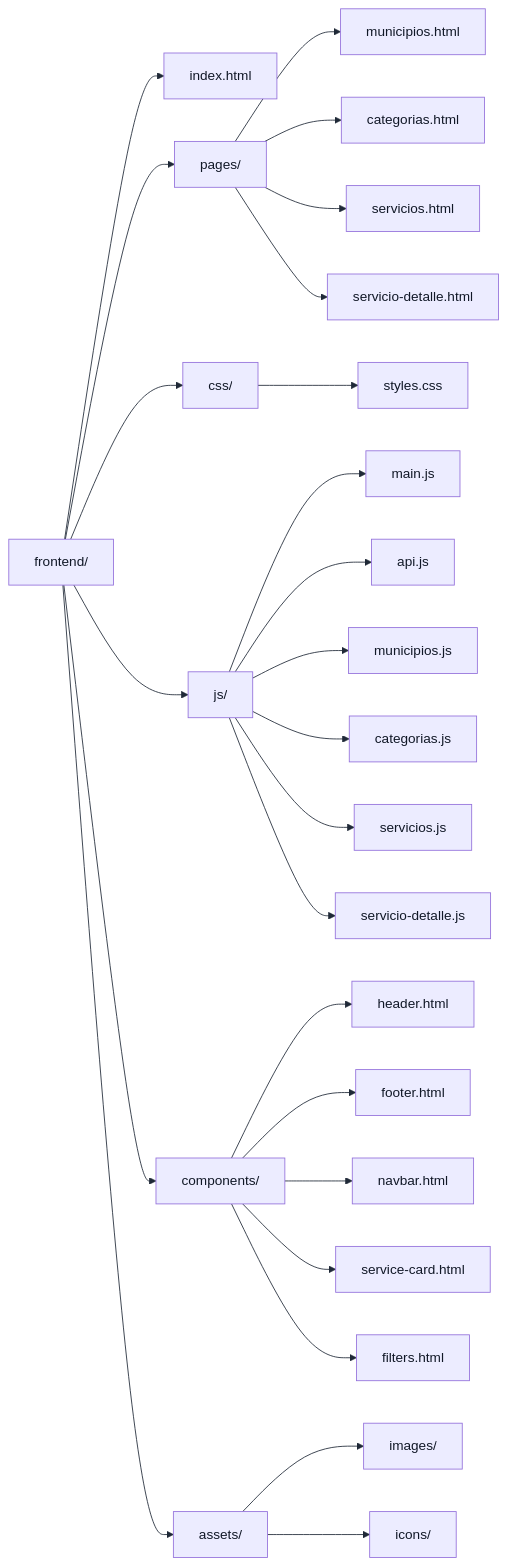
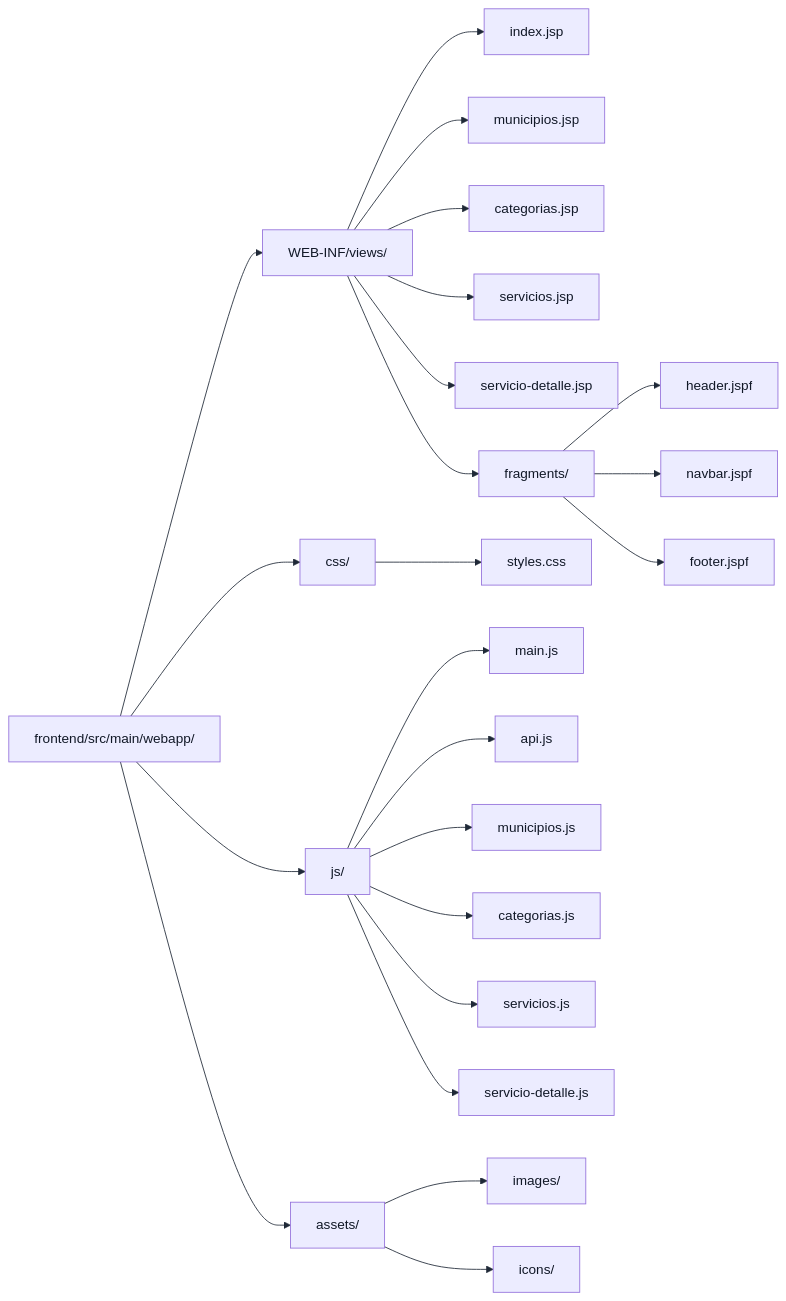
One commit to Darksam03/RuralConecta-ProyectoWeb changed the third of 8 diagrams in docs/arquitectura/estructura-frontend.md. Above: the diagram before and after it, drawn with Mermaid. The commit also changed other lines of this file and 4 other files, not shown here.

````diff
--- a/docs/arquitectura/estructura-frontend.md
+++ b/docs/arquitectura/estructura-frontend.md
@@ -155,33 +173,31 @@
 ```mermaid
 %%{init: {'themeVariables': {'textColor':'#111827','primaryTextColor':'#111827','primaryColor':'#eef2f7','primaryBorderColor':'#1f2937','lineColor':'#1f2937','secondaryColor':'#eef2f7','tertiaryColor':'#f3f4f6','edgeLabelBackground':'#ffffff'}}}%%
 flowchart LR
-    R["frontend/"] --> IDX["index.html"]
-    R --> P["pages/"]
-    R --> C["css/"]
+    R["frontend/src/main/webapp/"] --> WEB["WEB-INF/views/"]
+    R --> CSS["css/"]
     R --> J["js/"]
-    R --> COMP["components/"]
     R --> A["assets/"]
 
-    P --> P1["municipios.html"]
-    P --> P2["categorias.html"]
-    P --> P3["servicios.html"]
-    P --> P4["servicio-detalle.html"]
+    WEB --> V1["index.jsp"]
+    WEB --> V2["municipios.jsp"]
+    WEB --> V3["categorias.jsp"]
+    WEB --> V4["servicios.jsp"]
+    WEB --> V5["servicio-detalle.jsp"]
+    WEB --> FR["fragments/"]
 
-    C --> C1["styles.css"]
+    FR --> F1["header.jspf"]
+    FR --> F2["navbar.jspf"]
+    FR --> F3["footer.jspf"]
+
+    CSS --> C1["styles.css"]
 
     J --> J1["main.js"]
     J --> J2["api.js"]
     J --> J3["municipios.js"]
     J --> J4["categorias.js"]
     J --> J5["servicios.js"]
     J --> J6["servicio-detalle.js"]
 
-    COMP --> M1["header.html"]
-    COMP --> M2["footer.html"]
-    COMP --> M3["navbar.html"]
-    COMP --> M4["service-card.html"]
-    COMP --> M5["filters.html"]
-
     A --> A1["images/"]
     A --> A2["icons/"]
 ```
````
